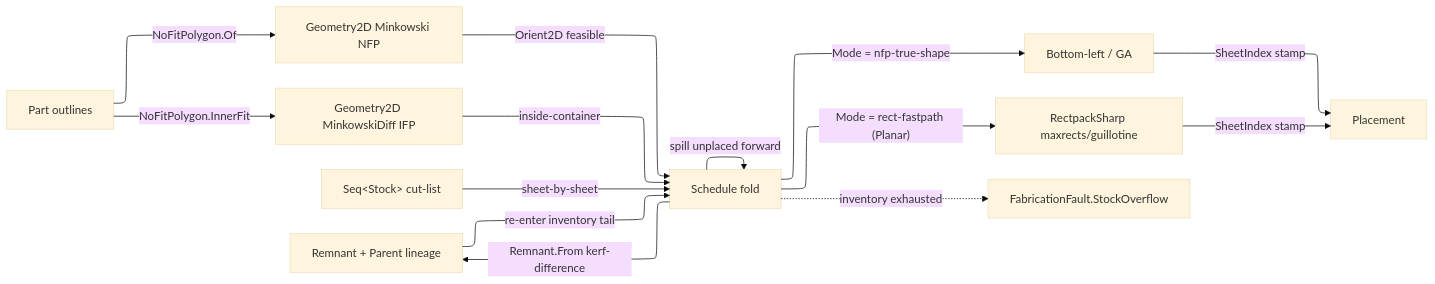
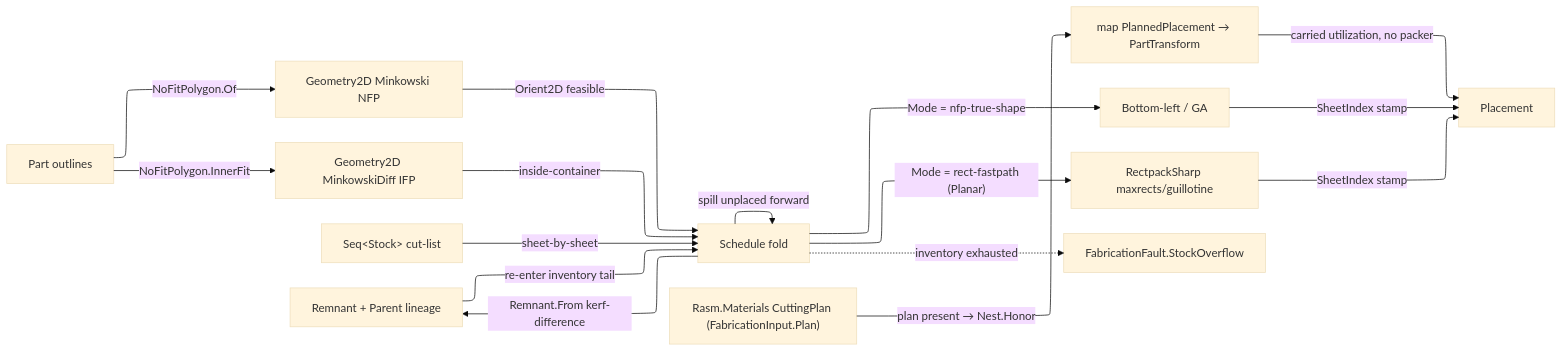
The diagram in libs/csharp/Rasm.Fabrication/.planning/Nesting/nfp.md (bsamiee/Rasm), drawn with Mermaid before and after one commit. The commit also changed other lines of this file and 156 other files, not shown here.

````diff
--- a/libs/csharp/Rasm.Fabrication/.planning/Nesting/nfp.md
+++ b/libs/csharp/Rasm.Fabrication/.planning/Nesting/nfp.md
@@ -332,21 +369,23 @@
 ```mermaid
 ---
 config:
   layout: elk
   theme: base
 ---
 flowchart LR
     Profiles["Part outlines"] -->|NoFitPolygon.Of| NFP["Geometry2D Minkowski NFP"]
     Profiles -->|NoFitPolygon.InnerFit| IFP["Geometry2D MinkowskiDiff IFP"]
     Inventory["Seq&lt;Stock&gt; cut-list"] -->|sheet-by-sheet| Schedule["Schedule fold"]
+    Plan["Rasm.Materials CuttingPlan (FabricationInput.Plan)"] -->|"plan present → Nest.Honor"| Honor["map PlannedPlacement → PartTransform"]
+    Honor -->|carried utilization, no packer| Placement
     NFP -->|Orient2D feasible| Schedule
     IFP -->|inside-container| Schedule
     Schedule -->|"Mode = nfp-true-shape"| BottomLeft["Bottom-left / GA"]
     Schedule -->|"Mode = rect-fastpath (Planar)"| Rect["RectpackSharp maxrects/guillotine"]
     BottomLeft -->|SheetIndex stamp| Placement["Placement"]
     Rect -->|SheetIndex stamp| Placement
     Schedule -->|spill unplaced forward| Schedule
     Schedule -->|"Remnant.From kerf-difference"| Remnant["Remnant + Parent lineage"]
     Remnant -->|re-enter inventory tail| Schedule
     Schedule -.->|inventory exhausted| Overflow["FabricationFault.StockOverflow"]
 ```
````
